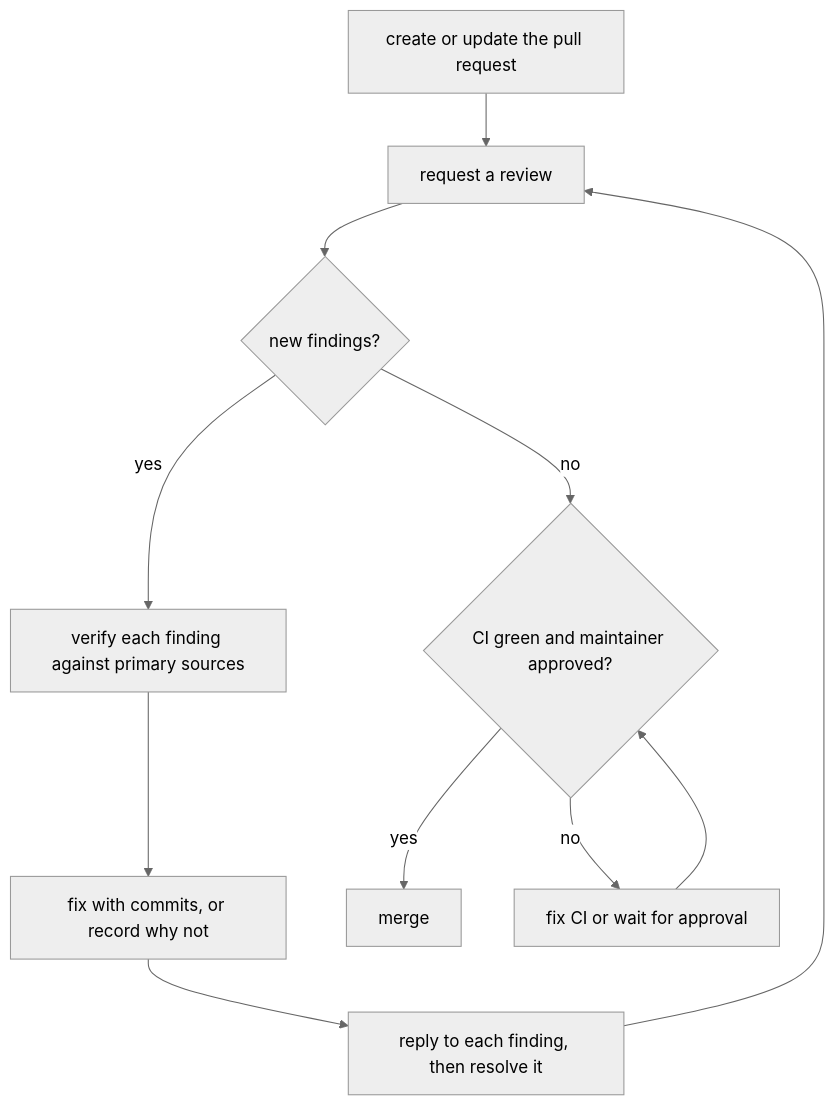
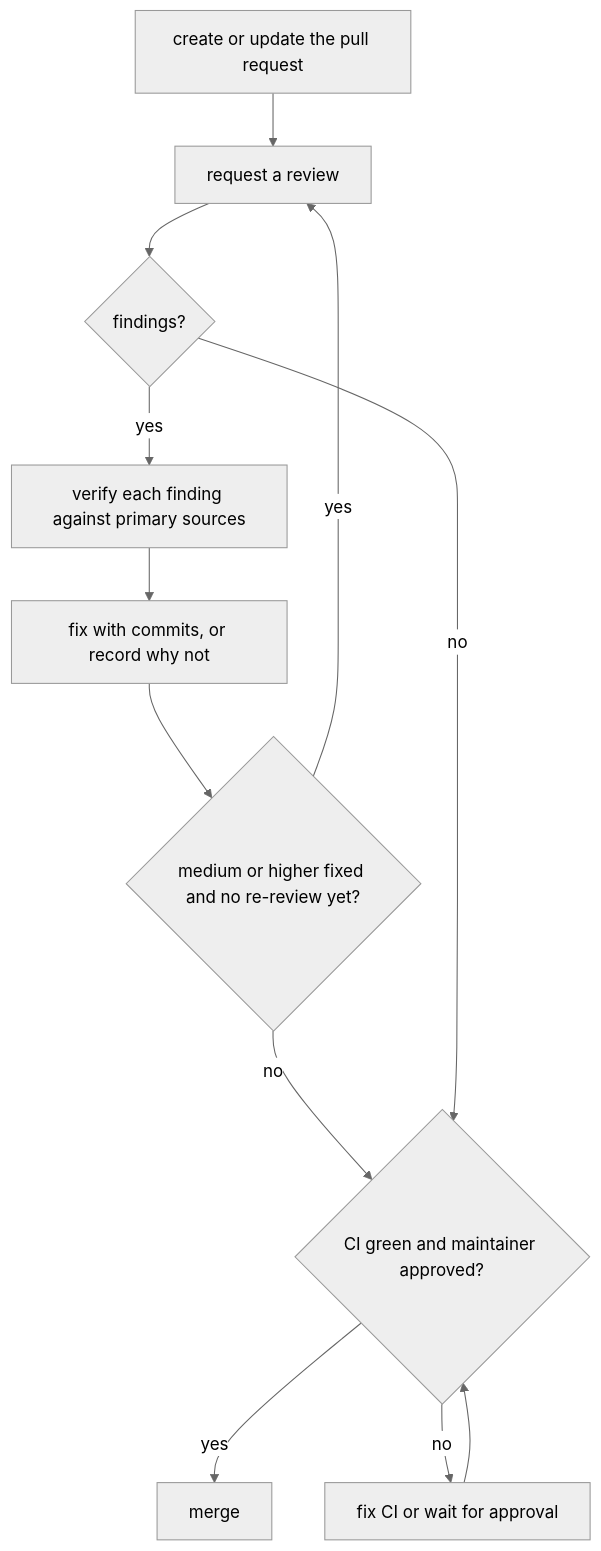
The diagram in docs/development/review-process.md (suchi/flying-microwave), drawn with Mermaid (neutral theme) before and after one commit. The commit also changed other lines of this file and 5 other files, not shown here.

````diff
--- a/docs/development/review-process.md
+++ b/docs/development/review-process.md
@@ -11,13 +22,14 @@
 ```mermaid
 flowchart TD
     pr["create or update the pull request"] --> request["request a review"]
-    request --> findings{"new findings?"}
+    request --> findings{"findings?"}
     findings -->|"yes"| verify["verify each finding against primary sources"]
     verify --> respond["fix with commits, or record why not"]
-    respond --> reply["reply to each finding, then resolve it"]
-    reply --> request
-    findings -->|"no"| gate{"CI green and maintainer approved?"}
+    respond --> again{"medium or higher fixed and no re-review yet?"}
+    again -->|"yes"| request
+    again -->|"no"| gate{"CI green and maintainer approved?"}
+    findings -->|"no"| gate
     gate -->|"yes"| merge["merge"]
     gate -->|"no"| wait["fix CI or wait for approval"]
     wait --> gate
 ```
````
